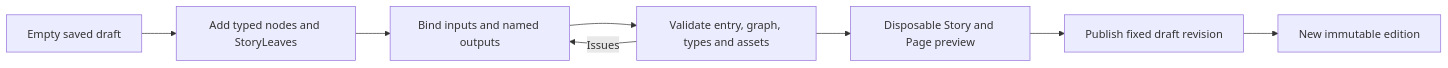
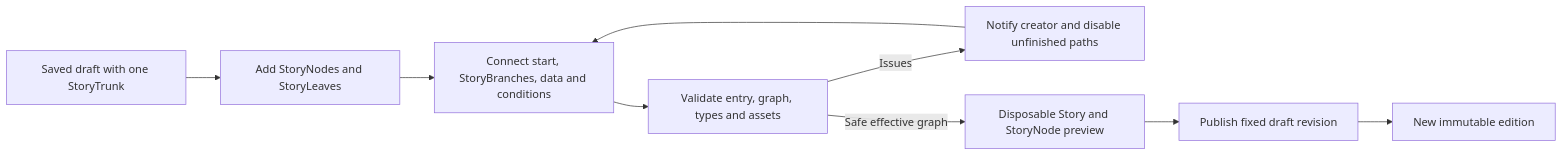
One commit to rcereghini/storybranch changed the diagram in docs/story-system/story-nodes.md. Above: the diagram before and after it, drawn with Mermaid. The commit also changed other lines of this file and 148 other files, not shown here.

First line of the commit message:
Align StoryNode naming and preserve existing data compatibility

````diff
--- a/docs/story-system/story-nodes.md
+++ b/docs/story-system/story-nodes.md
@@ -63,10 +73,11 @@
 ```mermaid
 flowchart LR
-  Blank[Empty saved draft] --> Add[Add typed nodes and StoryLeaves]
-  Add --> Bind[Bind inputs and named outputs]
+  Blank[Saved draft with one StoryTrunk] --> Add[Add StoryNodes and StoryLeaves]
+  Add --> Bind[Connect start, StoryBranches, data and conditions]
   Bind --> Validate[Validate entry, graph, types and assets]
-  Validate -->|Issues| Bind
-  Validate --> Preview[Disposable Story and Page preview]
+  Validate -->|Issues| Notify[Notify creator and disable unfinished paths]
+  Notify --> Bind
+  Validate -->|Safe effective graph| Preview[Disposable Story and StoryNode preview]
   Preview --> Publish[Publish fixed draft revision]
   Publish --> Edition[New immutable edition]
 ```
````
